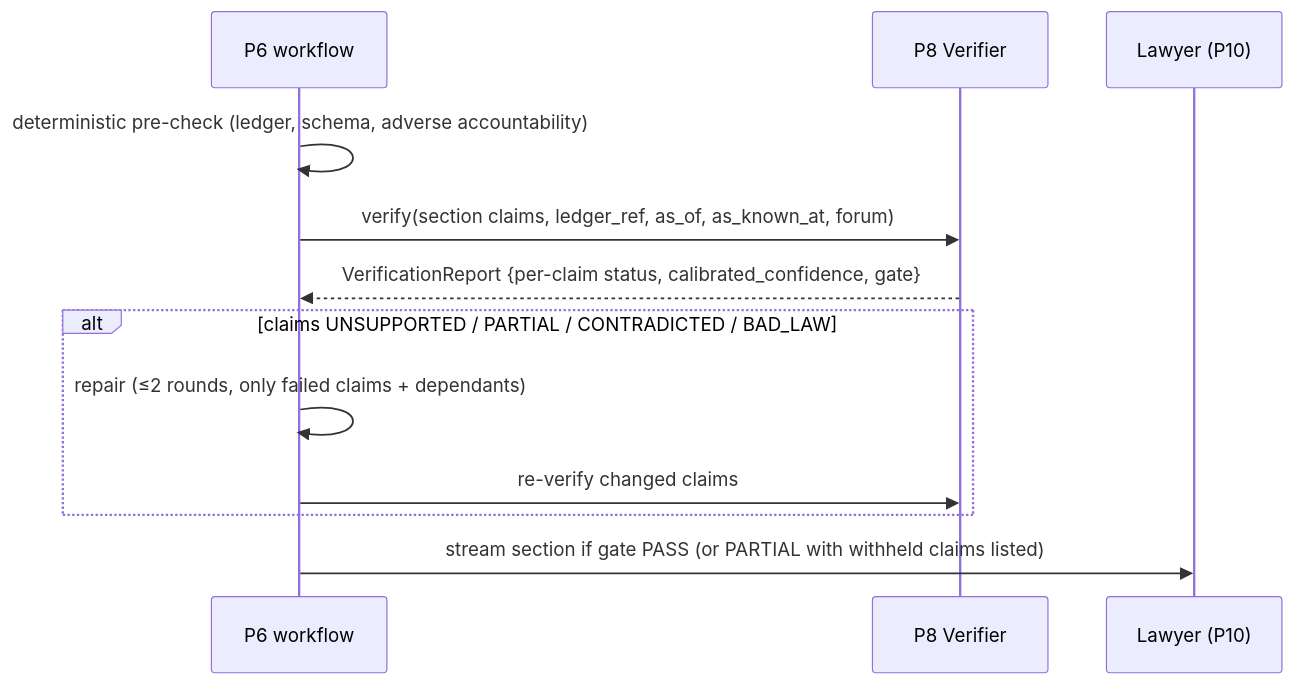
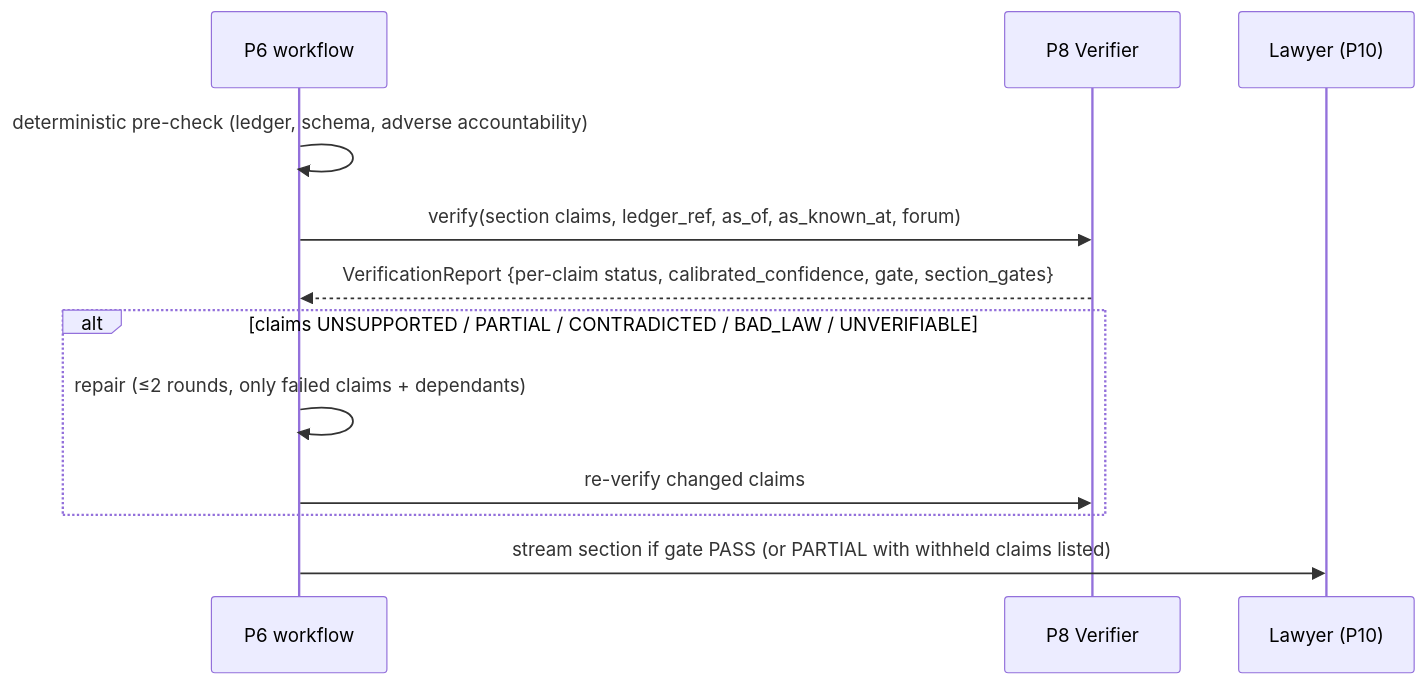
One commit to arukh281/legal changed the second of 2 diagrams in docs/08_P6_strategic_reasoning.md. Above: the diagram before and after it, drawn with Mermaid. The commit also changed other lines of this file and 17 other files, not shown here.

````diff
--- a/docs/08_P6_strategic_reasoning.md
+++ b/docs/08_P6_strategic_reasoning.md
@@ -497,14 +566,14 @@
 ```mermaid
 sequenceDiagram
   participant P6 as P6 workflow
   participant P8 as P8 Verifier
   participant U as Lawyer (P10)
   P6->>P6: deterministic pre-check (ledger, schema, adverse accountability)
   P6->>P8: verify(section claims, ledger_ref, as_of, as_known_at, forum)
-  P8-->>P6: VerificationReport {per-claim status, calibrated_confidence, gate}
-  alt claims UNSUPPORTED / PARTIAL / CONTRADICTED / BAD_LAW
+  P8-->>P6: VerificationReport {per-claim status, calibrated_confidence, gate, section_gates}
+  alt claims UNSUPPORTED / PARTIAL / CONTRADICTED / BAD_LAW / UNVERIFIABLE
     P6->>P6: repair (≤2 rounds, only failed claims + dependants)
     P6->>P8: re-verify changed claims
   end
   P6->>U: stream section if gate PASS (or PARTIAL with withheld claims listed)
 ```
````
